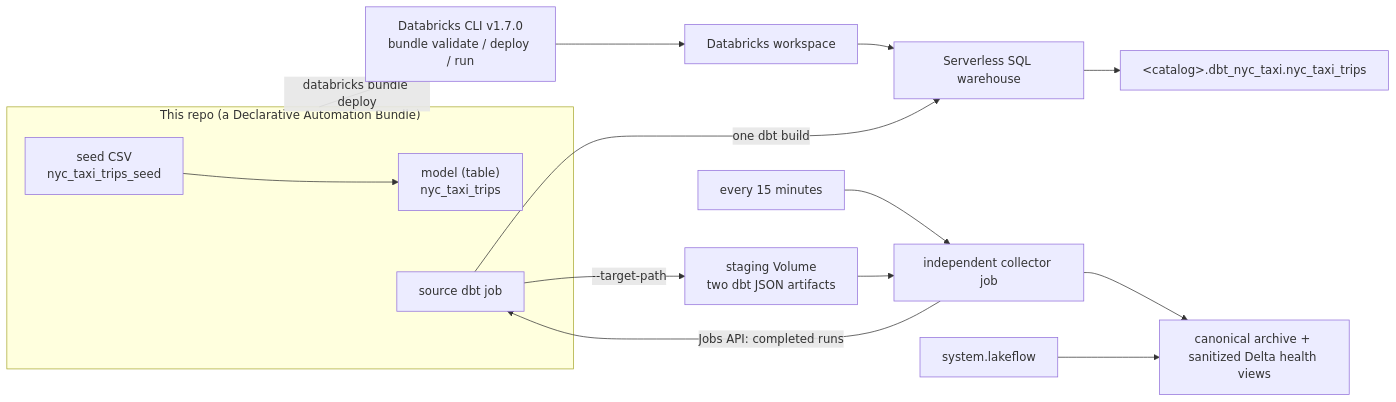
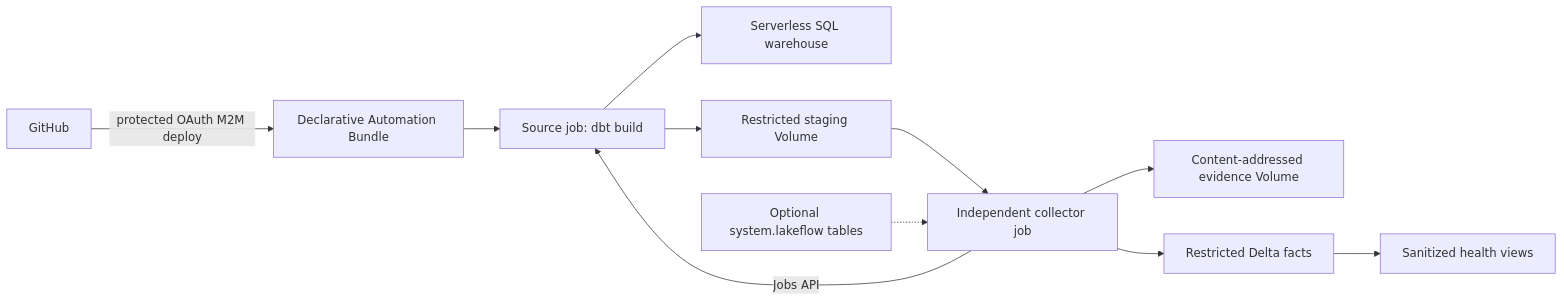
One commit to MiguelElGallo/bricks-cli changed the diagram in README.md. Above: the diagram before and after it, drawn with Mermaid. The commit also changed other lines of this file and 67 other files, not shown here.

````diff
--- a/README.md
+++ b/README.md
@@ -25,21 +41,13 @@
 ```mermaid
 flowchart LR
-    subgraph repo["This repo (a Declarative Automation Bundle)"]
-        seed["seed CSV<br/>nyc_taxi_trips_seed"]
-        model["model (table)<br/>nyc_taxi_trips"]
-        job["source dbt job"]
-        seed --> model
-    end
-    cli["Databricks CLI v1.7.0<br/>bundle validate / deploy / run"]
-    repo -->|databricks bundle deploy| cli
-    cli --> ws["Databricks workspace"]
-    ws --> wh["Serverless SQL warehouse"]
-    job -->|"one dbt build"| wh
-    wh --> tbl["&lt;catalog&gt;.dbt_nyc_taxi.nyc_taxi_trips"]
-    job -->|"--target-path"| staging["staging Volume<br/>two dbt JSON artifacts"]
-    schedule["every 15 minutes"] --> collector["independent collector job"]
-    collector -->|"Jobs API: completed runs"| job
+    git["GitHub"] -->|"protected OAuth M2M deploy"| bundle["Declarative Automation Bundle"]
+    bundle --> source["Source job: dbt build"]
+    source --> warehouse["Serverless SQL warehouse"]
+    source --> staging["Restricted staging Volume"]
+    collector["Independent collector job"] -->|"Jobs API"| source
     staging --> collector
-    collector --> evidence["canonical archive + sanitized Delta health views"]
-    system["system.lakeflow"] --> evidence
+    collector --> evidence["Content-addressed evidence Volume"]
+    collector --> facts["Restricted Delta facts"]
+    facts --> views["Sanitized health views"]
+    system["Optional system.lakeflow tables"] -.-> collector
 ```
````
